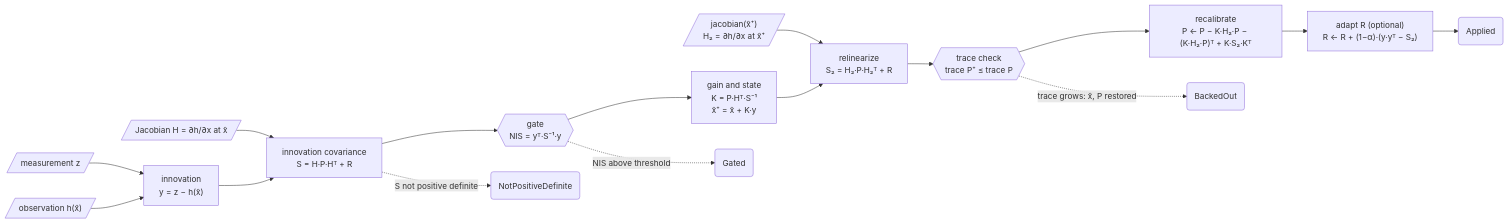
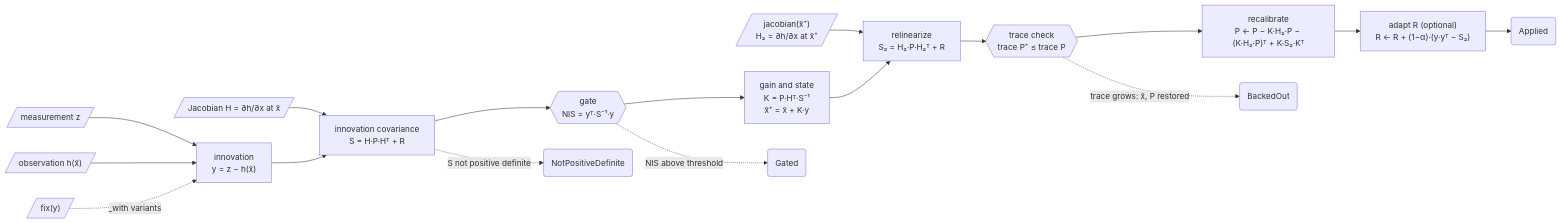
One commit to sunsided/minikalman-rs changed the diagram in crates/minikalman/docs/diagrams/extended-recalibrated.mmd. Above: the diagram before and after it, drawn with Mermaid.

Commit message:
Show the fix input in the recalibrated EKF diagram
The diagram is also shown on correct_nonlinear_recalibrated_with,
which normalizes the innovation with fix, as extended-correct.mmd
already shows.

```diff
--- a/crates/minikalman/docs/diagrams/extended-recalibrated.mmd
+++ b/crates/minikalman/docs/diagrams/extended-recalibrated.mmd
@@ -1,29 +1,31 @@
 flowchart LR
     %% Recalibrated correction of the extended filter, in two passes. Style: see docs/diagrams/README.md.
     %% Node IDs as in extended-correct.mmd; `gain` also moves the state, and `relinearize`,
     %% `trace` and `recalibrate` form the second pass with the Jacobian H₂ from `hjac2`.
     z[/"measurement z"/]
     h[/"observation h(x̂)"/]
     hjac[/"Jacobian H = ∂h/∂x at x̂"/]
     hjac2[/"jacobian(x̂⁺)<br/>H₂ = ∂h/∂x at x̂⁺"/]
+    fix[/"fix(y)"/]
     innovation["innovation<br/>y = z − h(x̂)"]
     covariance["innovation covariance<br/>S = H·P·Hᵀ + R"]
     gate{{"gate<br/>NIS = yᵀ·S⁻¹·y"}}
     gain["gain and state<br/>K = P·Hᵀ·S⁻¹<br/>x̂⁺ = x̂ + K·y"]
     relinearize["relinearize<br/>S₂ = H₂·P·H₂ᵀ + R"]
     trace{{"trace check<br/>trace P⁺ ≤ trace P"}}
     recalibrate["recalibrate<br/>P ← P − K·H₂·P − (K·H₂·P)ᵀ + K·S₂·Kᵀ"]
     adapt["adapt R (optional)<br/>R ← R + (1−α)·(y·yᵀ − S₂)"]
     applied("Applied")
     npd("NotPositiveDefinite")
     gated("Gated")
     backedout("BackedOut")
     z --> innovation
     h --> innovation
+    fix -.->|"_with variants"| innovation
     hjac --> covariance
     hjac2 --> relinearize
     innovation --> covariance --> gate --> gain --> relinearize --> trace --> recalibrate --> adapt --> applied
     covariance -.->|"S not positive definite"| npd
     gate -.->|"NIS above threshold"| gated
     trace -.->|"trace grows: x̂, P restored"| backedout
     classDef focus fill:#fbbf24,stroke:#b45309,stroke-width:3px,color:#1c1917
```
